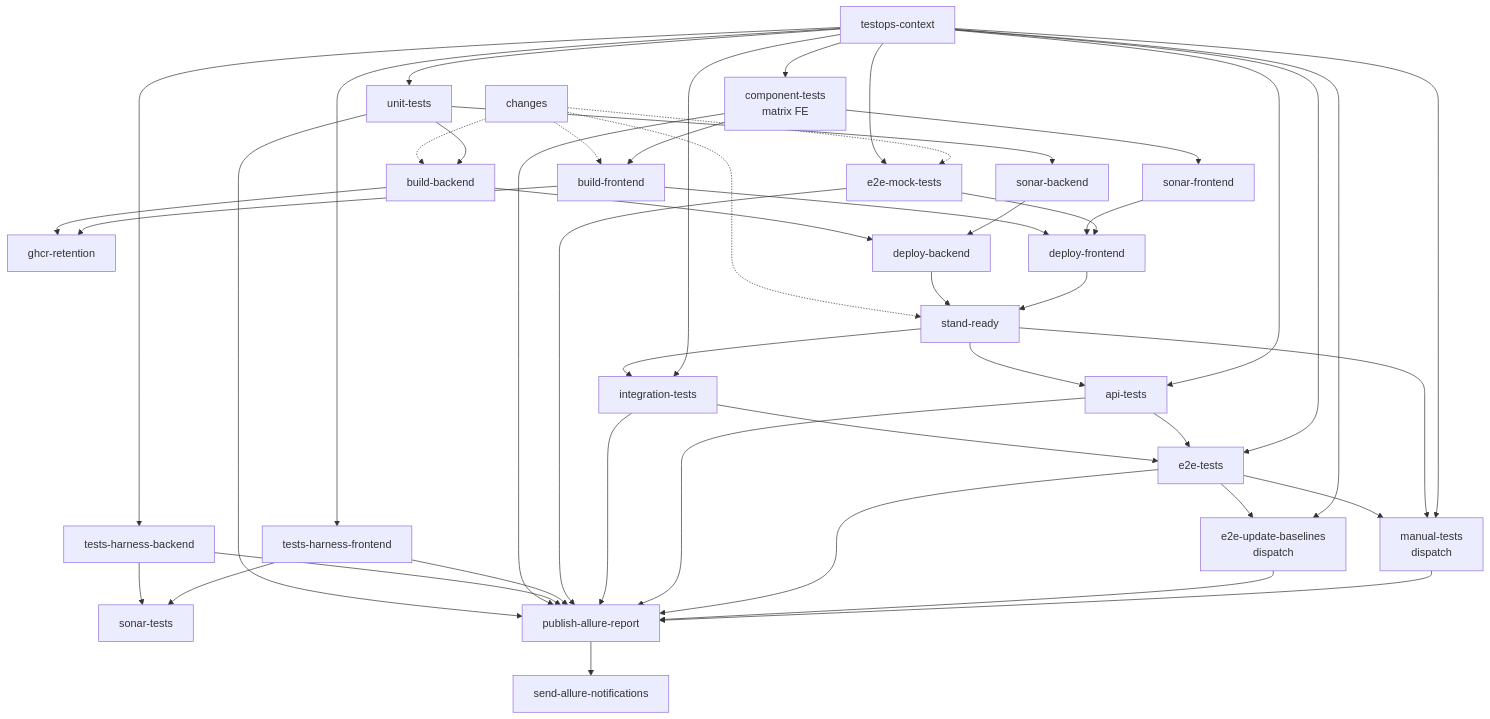
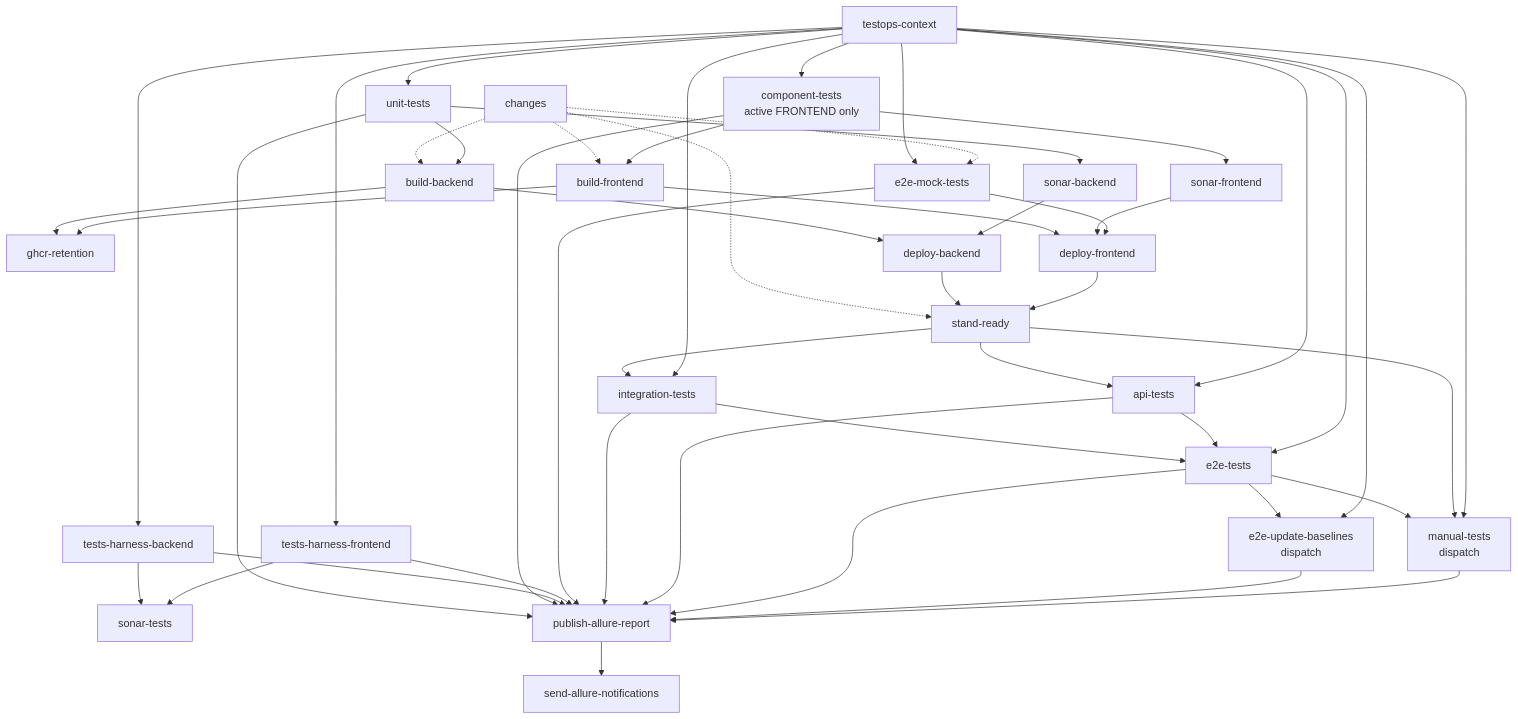
Before and after one commit to autotests-ai/autotests-ai-multistack-app: the diagram in README.md, drawn with Mermaid. The commit also changed other lines of this file, not shown here.

First line of the commit message:
docs: drop component matrix from CI graph

````diff
--- a/README.md
+++ b/README.md
@@ -75,53 +75,53 @@
 ```mermaid
 flowchart TB
   TOC[testops-context]
   CH[changes]
 
   TOC --> UNIT[unit-tests]
-  TOC --> COMP[component-tests<br/>matrix FE]
+  TOC --> COMP[component-tests<br/>active FRONTEND only]
   TOC --> HB[tests-harness-backend]
   TOC --> HF[tests-harness-frontend]
   TOC --> MOCK[e2e-mock-tests]
 
   CH -.-> MOCK
   CH -.-> BB
   CH -.-> BF
   CH -.-> READY
 
   UNIT --> SB[sonar-backend]
   COMP --> SF[sonar-frontend]
   HB --> ST[sonar-tests]
   HF --> ST
 
   UNIT --> BB[build-backend]
   COMP --> BF[build-frontend]
   BB & BF --> GHCR[ghcr-retention]
 
   BB --> DB[deploy-backend]
   SB --> DB
 
   BF --> DF[deploy-frontend]
   SF --> DF
   MOCK --> DF
 
   DB --> READY[stand-ready]
   DF --> READY
 
   READY --> INT[integration-tests]
   READY --> API[api-tests]
   TOC --> INT
   TOC --> API
 
   INT --> E2E[e2e-tests]
   API --> E2E
   TOC --> E2E
 
   E2E --> BASE[e2e-update-baselines<br/>dispatch]
   E2E --> MAN[manual-tests<br/>dispatch]
   READY --> MAN
   TOC --> BASE
   TOC --> MAN
 
   UNIT & COMP & HB & HF & MOCK & INT & API & E2E & BASE & MAN --> PUB[publish-allure-report]
   PUB --> NTF[send-allure-notifications]
 ```
````
